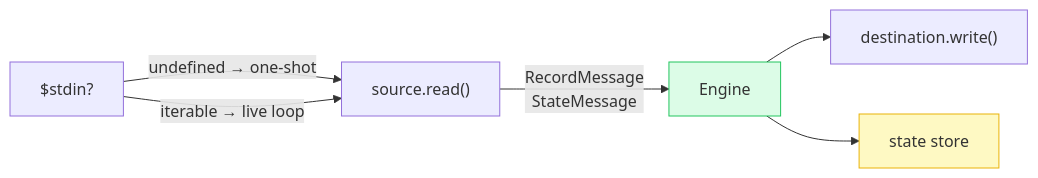
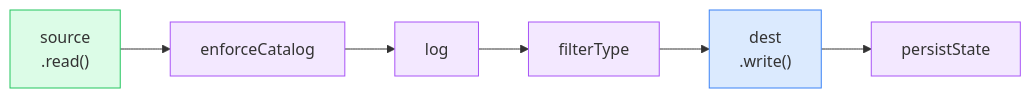
The second of 7 diagrams in docs/slides/architecture.md (supabase/stripe-sync-engine), drawn with Mermaid before and after one commit. The commit also changed other lines of this file and 8 other files, not shown here.

````diff
--- a/docs/slides/architecture.md
+++ b/docs/slides/architecture.md
@@ -156,15 +121,16 @@
 ```mermaid
 flowchart LR
-  STDIN["$stdin?"]
-  SRC["source.read()"]
-  ENG["Engine"]
-  DST["destination.write()"]
-  STATE["state store"]
-  STDIN -->|"undefined → one-shot"| SRC
-  STDIN -->|"iterable → live loop"| SRC
-  SRC -->|"RecordMessage\nStateMessage"| ENG
-  ENG --> DST
-  ENG --> STATE
-  style ENG fill:#dcfce7,stroke:#22c55e
-  style STATE fill:#fef9c3,stroke:#eab308
+  SRC["source\n.read()"]
+  EC["enforceCatalog"]
+  LOG["log"]
+  FT["filterType"]
+  DST["dest\n.write()"]
+  PS["persistState"]
+  SRC --> EC --> LOG --> FT --> DST --> PS
+  style SRC fill:#dcfce7,stroke:#22c55e
+  style EC fill:#f3e8ff,stroke:#a855f7
+  style LOG fill:#f3e8ff,stroke:#a855f7
+  style FT fill:#f3e8ff,stroke:#a855f7
+  style DST fill:#dbeafe,stroke:#3b82f6
+  style PS fill:#f3e8ff,stroke:#a855f7
 ```
````
